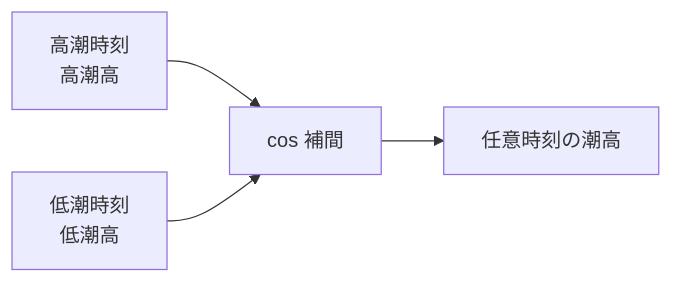
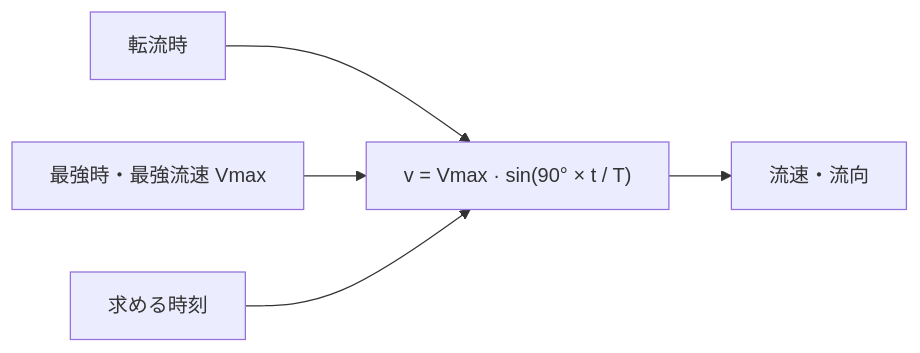
Before and after one commit to serkenn/Navigation-calculations: the fifth of 5 diagrams in docs/pilot2.md, drawn with Mermaid. The commit also changed other lines of this file and 6 other files, not shown here.

````diff
--- a/docs/pilot2.md
+++ b/docs/pilot2.md
@@ -114,6 +158,7 @@
 ```mermaid
 flowchart LR
-    A[高潮時刻<br>高潮高] --> C[cos 補間]
-    B[低潮時刻<br>低潮高] --> C
-    C --> D[任意時刻の潮高]
+    A[転流時] --> D["v = Vmax · sin(90° × t / T)"]
+    B["最強時・最強流速 Vmax"] --> D
+    C[求める時刻] --> D
+    D --> E[流速・流向]
 ```
````
